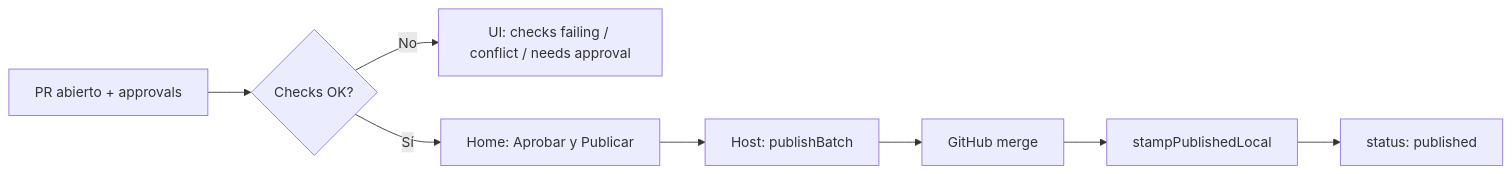
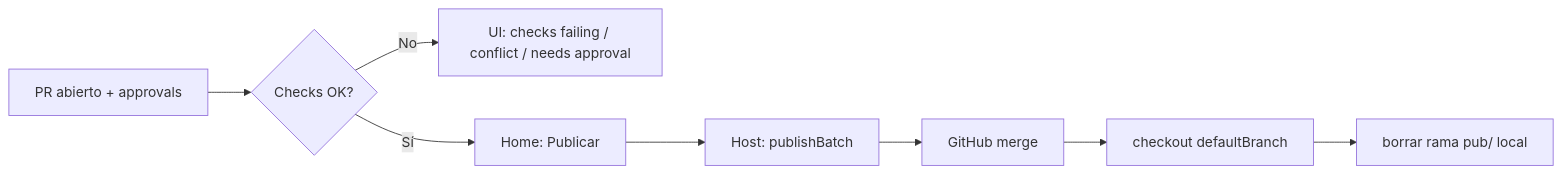
Before and after one commit to SaulMoreyra/slash-md: the fourth of 11 diagrams in docs/FLOWS.md, drawn with Mermaid. The commit also changed other lines of this file and 671 other files, not shown here.

````diff
--- a/docs/FLOWS.md
+++ b/docs/FLOWS.md
@@ -93,10 +101,10 @@
 ```mermaid
 flowchart LR
   A[PR abierto + approvals] --> B{Checks OK?}
   B -->|No| C[UI: checks failing / conflict / needs approval]
-  B -->|Sí| D[Home: Aprobar y Publicar]
+  B -->|Sí| D[Home: Publicar]
   D --> E[Host: publishBatch]
   E --> F[GitHub merge]
-  F --> G[stampPublishedLocal]
-  G --> H[status: published]
+  F --> G[checkout defaultBranch]
+  G --> H[borrar rama pub/ local]
 ```
````
